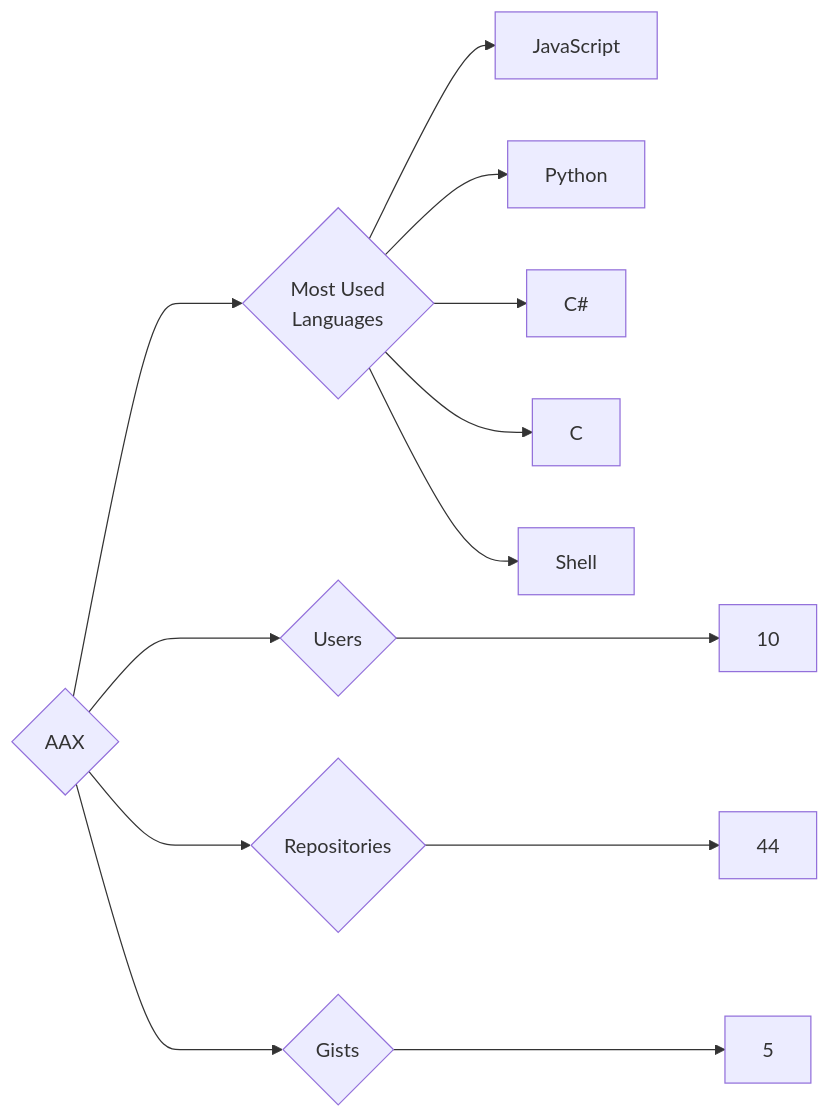
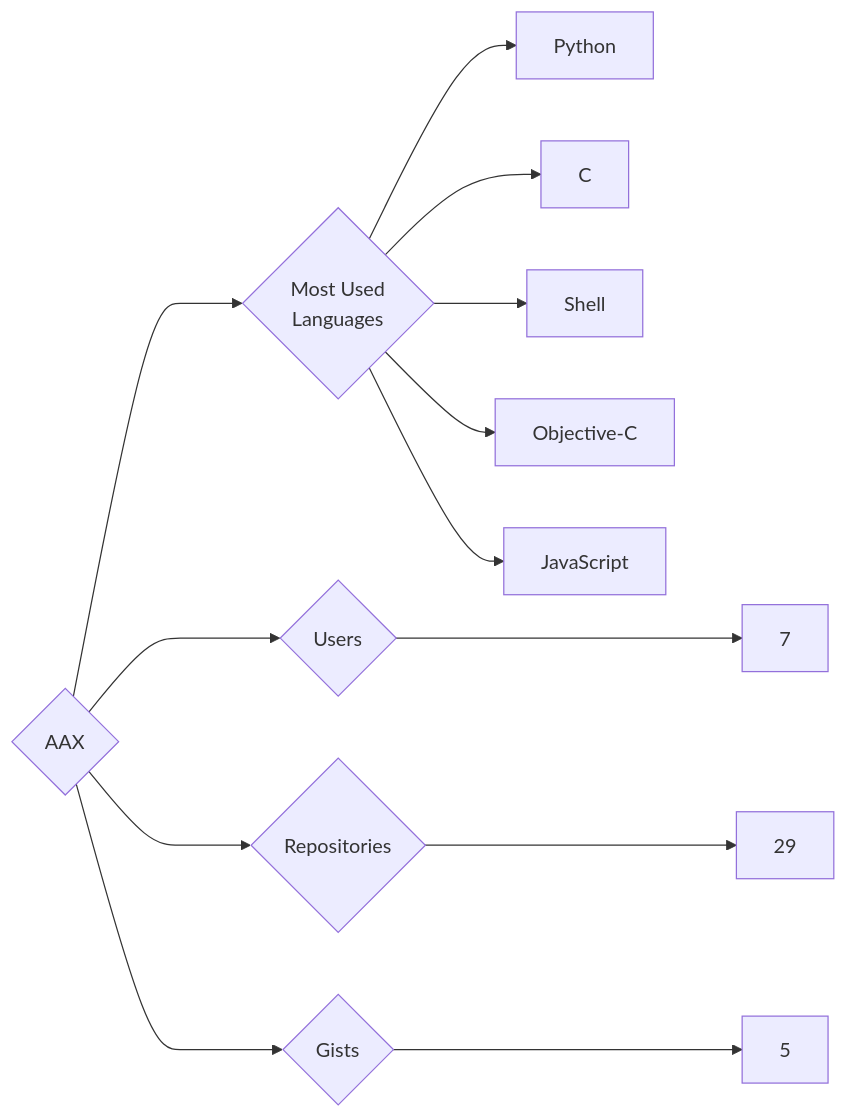
One commit to trickest/insiders changed the diagram in targets/AAX/README.md. Above: the diagram before and after it, drawn with Mermaid. The commit also changed 997 other files, not shown here.

````diff
--- a/targets/AAX/README.md
+++ b/targets/AAX/README.md
@@ -3,13 +3,13 @@
 ```mermaid
 graph LR
 COMPANY_NAME{AAX}
-COMPANY_NAME ---> U{Users} ---> UN[10]
-COMPANY_NAME ---> R{Repositories} ---> RN[44]
+COMPANY_NAME ---> U{Users} ---> UN[7]
+COMPANY_NAME ---> R{Repositories} ---> RN[29]
 COMPANY_NAME ---> G{Gists} ---> GN[5]
 COMPANY_NAME ---> ML{Most Used<br>Languages}
-ML --> JavaScript[JavaScript]
 ML --> Python[Python]
-ML --> C#[C#]
 ML --> C[C]
 ML --> Shell[Shell]
+ML --> Objective-C[Objective-C]
+ML --> JavaScript[JavaScript]
 ```
````
